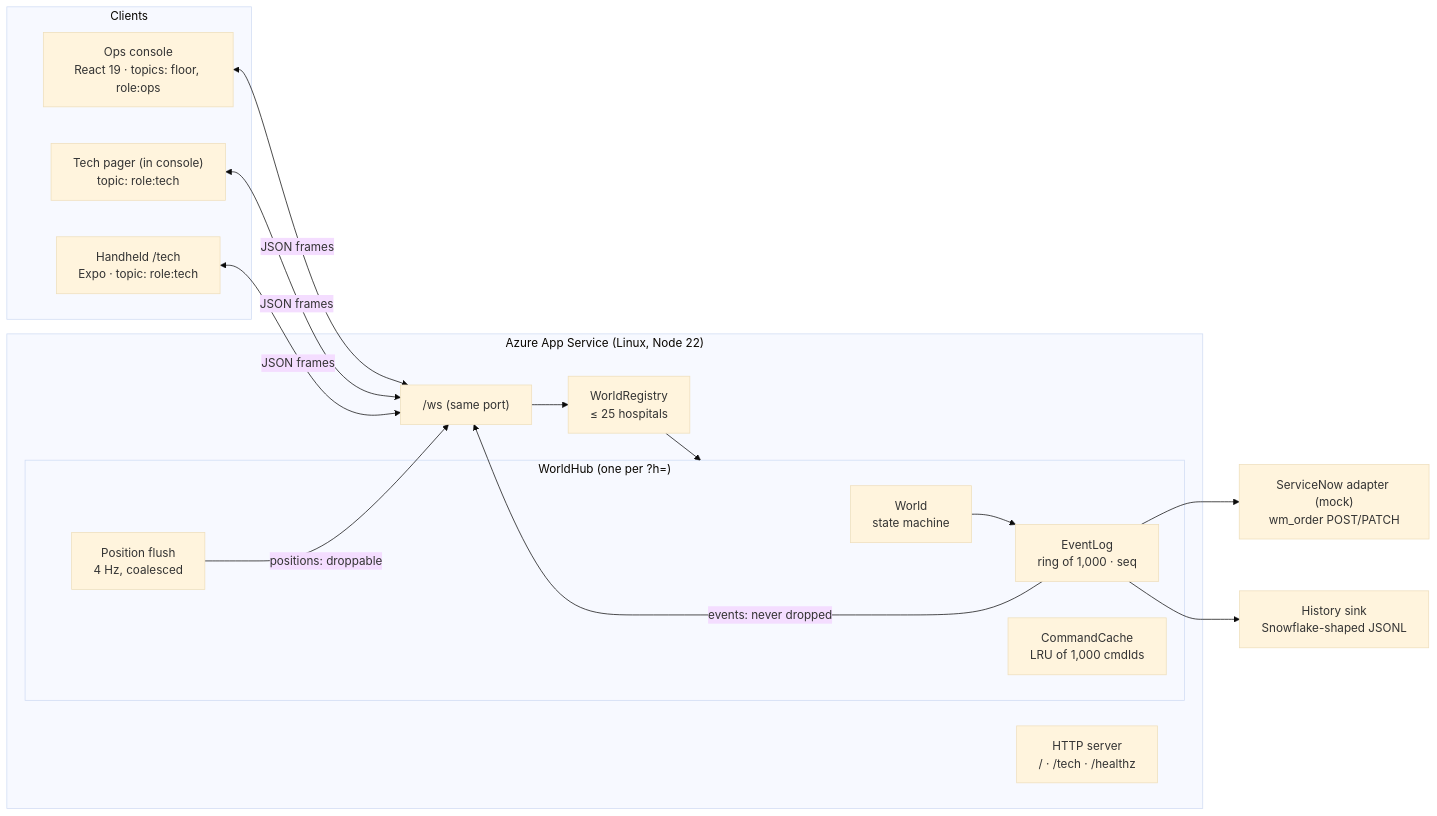
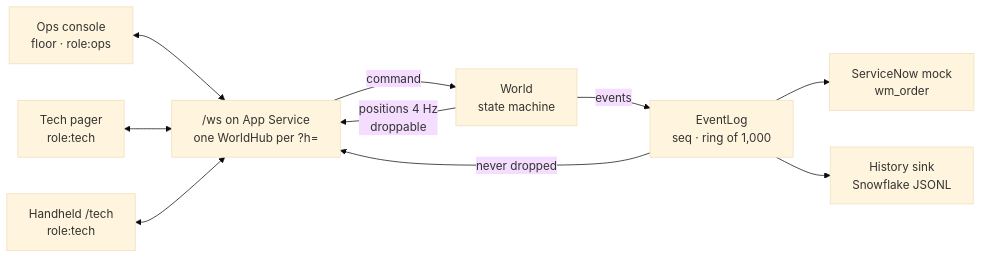
The diagram in README.md (design-and-deliver/assetpulse-rtls-demo), drawn with Mermaid (base theme) before and after one commit.

Commit message:
docs: simplify readme architecture diagram

````diff
--- a/README.md
+++ b/README.md
@@ -39,31 +39,12 @@
 ```mermaid
 flowchart LR
-  subgraph Clients
-    C["Ops console<br/>React 19 · topics: floor, role:ops"]
-    P["Tech pager (in console)<br/>topic: role:tech"]
-    M["Handheld /tech<br/>Expo · topic: role:tech"]
-  end
-
-  subgraph AppService["Azure App Service (Linux, Node 22)"]
-    H["HTTP server<br/>/ · /tech · /healthz"]
-    WS["/ws (same port)"]
-    R["WorldRegistry<br/>≤ 25 hospitals"]
-    subgraph Hub["WorldHub (one per ?h=)"]
-      W["World<br/>state machine"]
-      L["EventLog<br/>ring of 1,000 · seq"]
-      Q["CommandCache<br/>LRU of 1,000 cmdIds"]
-      F["Position flush<br/>4 Hz, coalesced"]
-    end
-  end
-
-  SN["ServiceNow adapter (mock)<br/>wm_order POST/PATCH"]
-  SF["History sink<br/>Snowflake-shaped JSONL"]
-
-  C & P & M <-->|"JSON frames"| WS
-  WS --> R --> Hub
-  W --> L
-  L -->|"events: never dropped"| WS
-  F -->|"positions: droppable"| WS
-  L --> SN
-  L --> SF
+  C["Ops console<br/>floor · role:ops"] <--> WS
+  P["Tech pager<br/>role:tech"] <--> WS
+  M["Handheld /tech<br/>role:tech"] <--> WS
+  WS["/ws on App Service<br/>one WorldHub per ?h="] -->|command| W["World<br/>state machine"]
+  W -->|events| L["EventLog<br/>seq · ring of 1,000"]
+  L -->|"never dropped"| WS
+  W -->|"positions 4 Hz<br/>droppable"| WS
+  L --> SN["ServiceNow mock<br/>wm_order"]
+  L --> SF["History sink<br/>Snowflake JSONL"]
 ```
````
